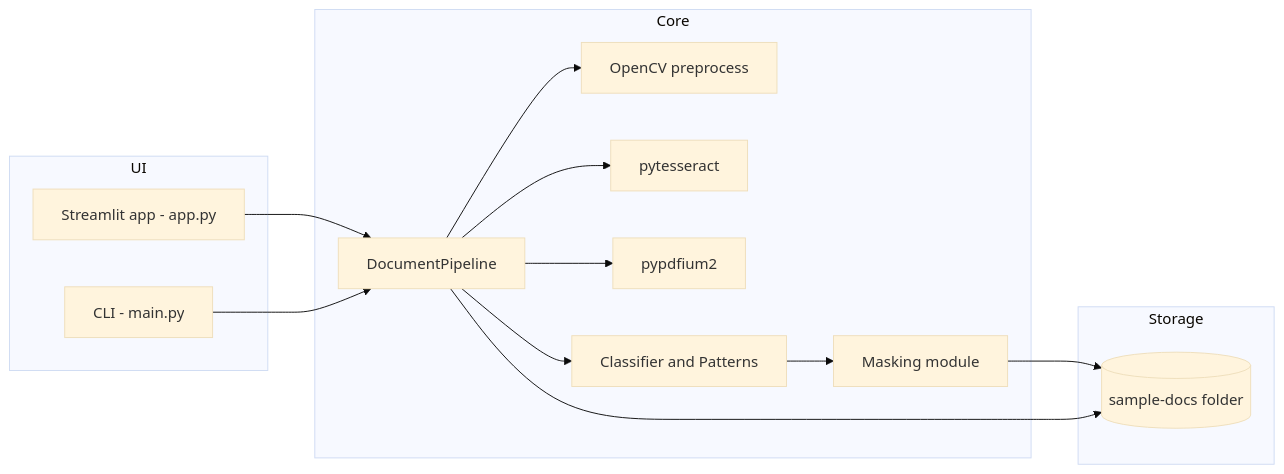
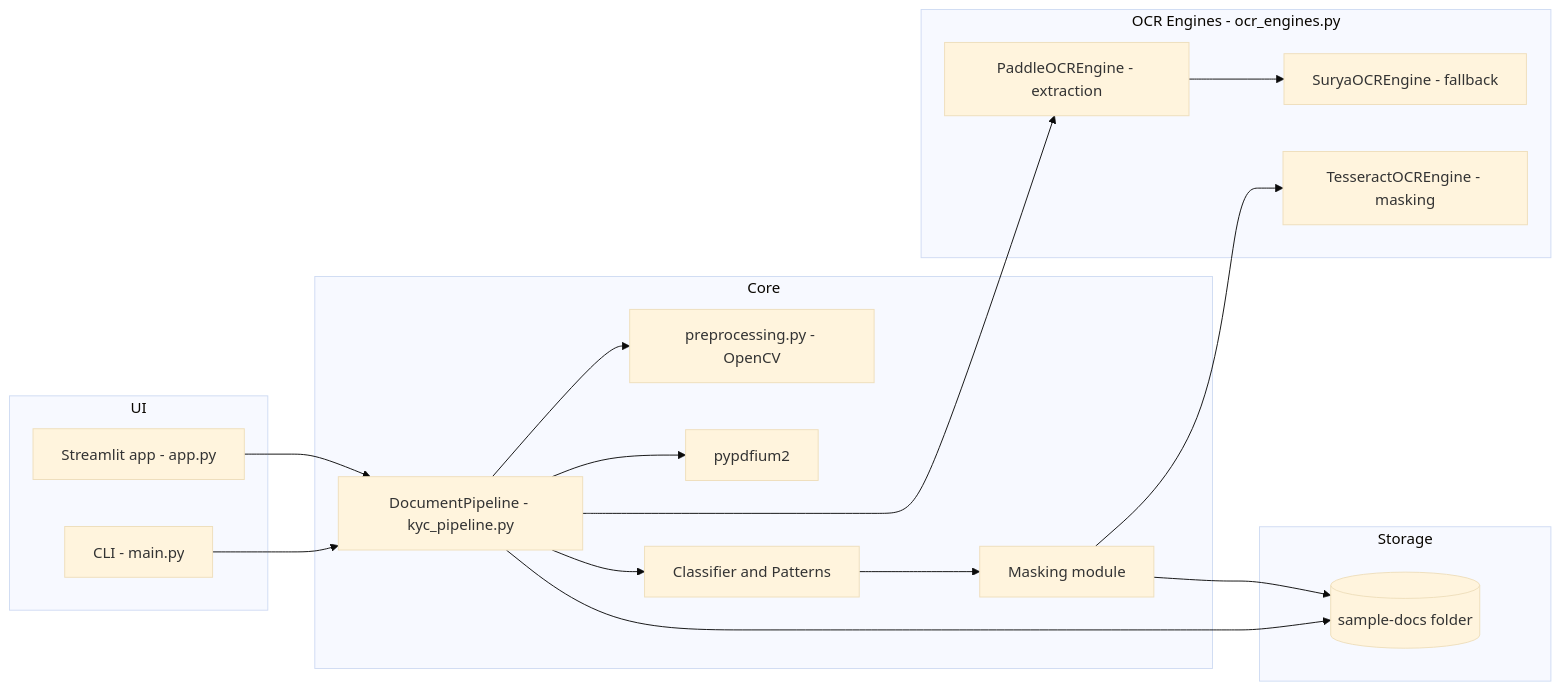
One commit to recrivio-dev/kyc-test changed the fourth of 5 diagrams in README.md. Above: the diagram before and after it, drawn with Mermaid (base theme). The commit also changed other lines of this file and 16 other files, not shown here.

Commit message:
paddle-cor, surya-ocr and tesseract

````diff
--- a/README.md
+++ b/README.md
@@ -190,30 +211,37 @@
 ```mermaid
 graph LR
   subgraph UI
     A[Streamlit app - app.py]
     B[CLI - main.py]
   end
 
   subgraph Core
-    P[DocumentPipeline]
-    CV[OpenCV preprocess]
-    OCR[pytesseract]
+    P[DocumentPipeline - kyc_pipeline.py]
+    CV[preprocessing.py - OpenCV]
     PDF[pypdfium2]
     CLF[Classifier and Patterns]
     MASK[Masking module]
+  end
+
+  subgraph OCR Engines - ocr_engines.py
+    PAD[PaddleOCREngine - extraction]
+    SUR[SuryaOCREngine - fallback]
+    TES[TesseractOCREngine - masking]
   end
 
   subgraph Storage
     FS[(sample-docs folder)]
   end
 
   A --> P
   B --> P
   P --> PDF
   P --> CV
-  P --> OCR
+  P --> PAD
+  PAD --> SUR
   P --> CLF
   CLF --> MASK
+  MASK --> TES
   MASK --> FS
   P --> FS
 ```
````
